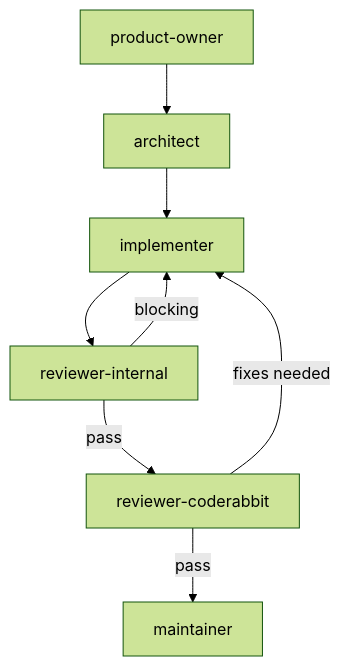
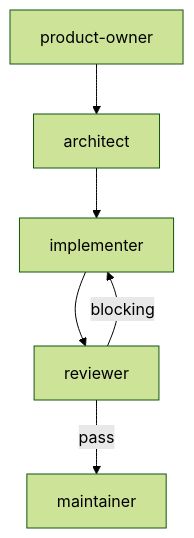
The diagram in agents/skills/workflow/variants/chore.md (thiscantbeserious/ragts-learning-platform), drawn with Mermaid (forest theme) before and after one commit. The commit also changed other lines of this file and 10 other files, not shown here.

````diff
--- a/agents/skills/workflow/variants/chore.md
+++ b/agents/skills/workflow/variants/chore.md
@@ -5,10 +5,8 @@
 ```mermaid
 graph TD
     PO1[product-owner] --> Arch[architect]
     Arch --> Impl[implementer]
-    Impl --> IR[reviewer-internal]
-    IR -->|pass| CR[reviewer-coderabbit]
-    IR -->|blocking| Impl
-    CR -->|pass| M[maintainer]
-    CR -->|fixes needed| Impl
+    Impl --> Rev[reviewer]
+    Rev -->|pass| M[maintainer]
+    Rev -->|blocking| Impl
 ```
````
